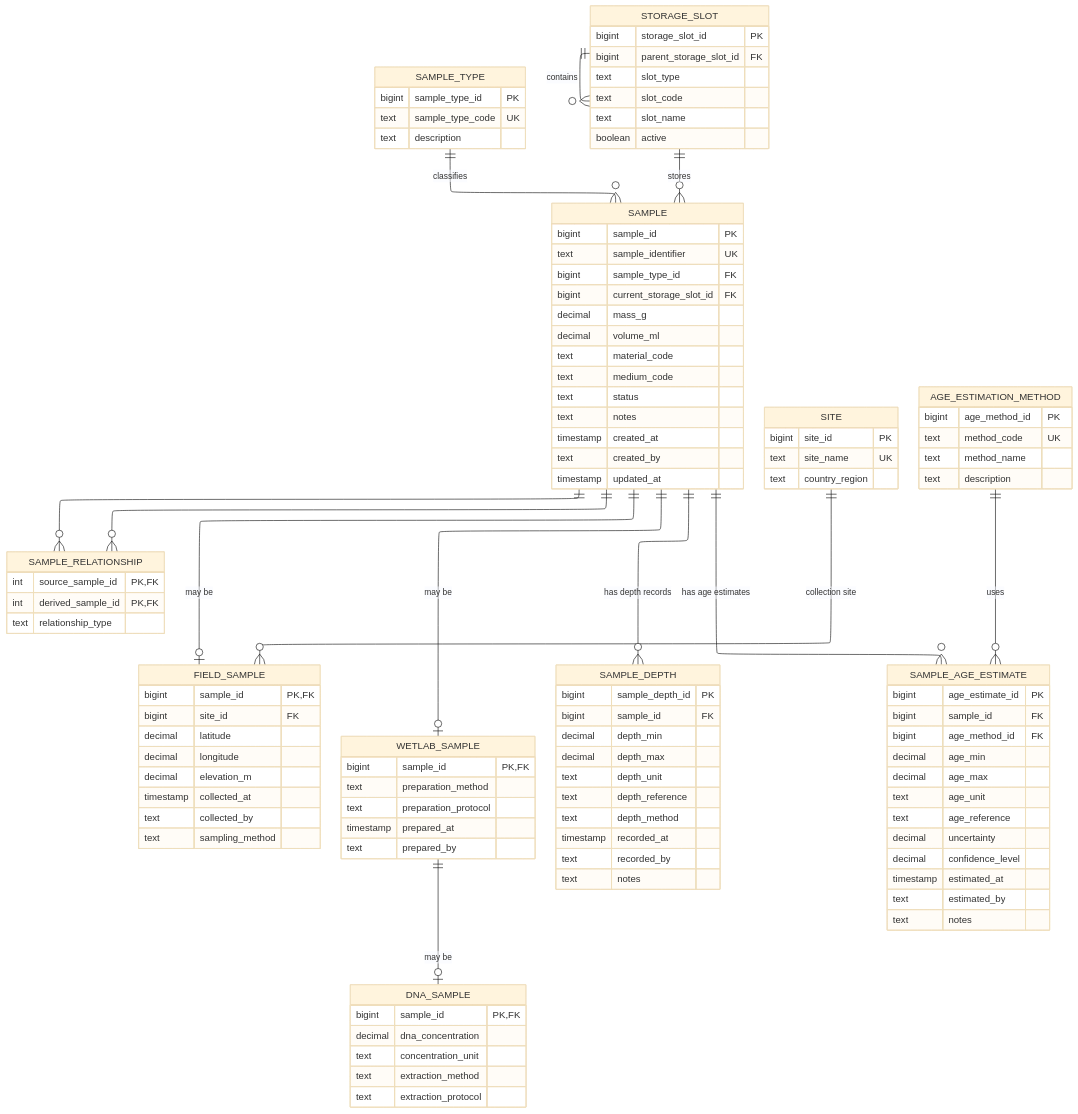
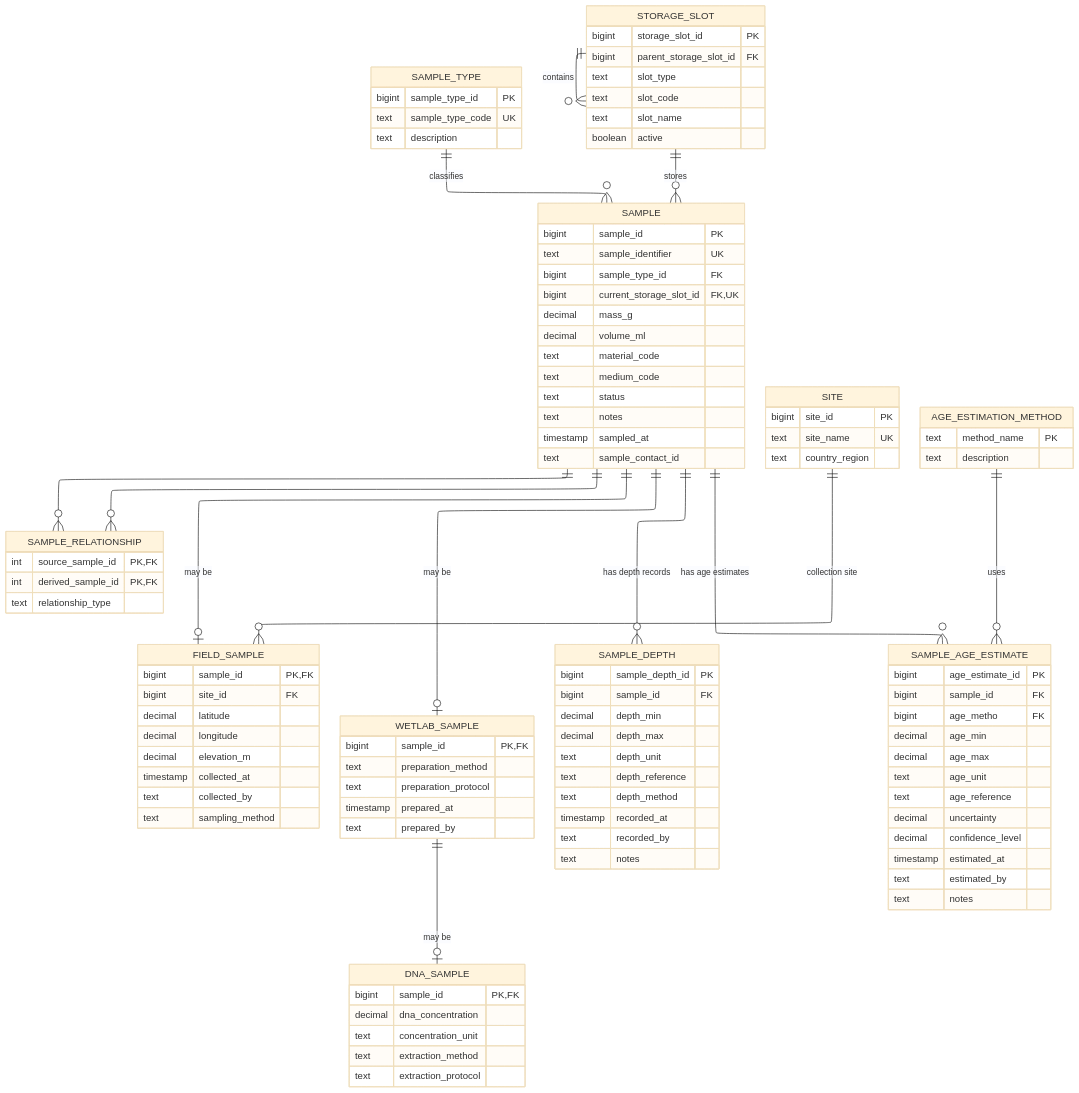
The diagram in diagrams/sample_db/new/ver2.md (GeoGenetics/qc-parser), drawn with Mermaid (base theme) before and after one commit. The commit also changed other lines of this file and 6 other files, not shown here.

```diff
--- a/diagrams/sample_db/new/ver2.md
+++ b/diagrams/sample_db/new/ver2.md
@@ -14,7 +14,7 @@
         bigint sample_id PK
         text sample_identifier UK
         bigint sample_type_id FK
-        bigint current_storage_slot_id FK
+        bigint current_storage_slot_id FK, UK
 
         decimal mass_g
         decimal volume_ml
@@ -23,9 +23,8 @@
 
         text status
         text notes
-        timestamp created_at
-        text created_by
-        timestamp updated_at
+        timestamp sampled_at
+        text sample_contact_id
     }
 
     SAMPLE_TYPE {
@@ -73,10 +72,10 @@
 
     SAMPLE_DEPTH {
         bigint sample_depth_id PK
-        bigint sample_id FK
+        bigint sample_id FK 
 
-        decimal depth_min
-        decimal depth_max
+        decimal depth_min 
+        decimal depth_max 
         text depth_unit
         text depth_reference
         text depth_method
@@ -88,10 +87,10 @@
 
     SAMPLE_AGE_ESTIMATE {
         bigint age_estimate_id PK
-        bigint sample_id FK
-        bigint age_method_id FK
+        bigint sample_id FK 
+        bigint age_metho FK 
 
-        decimal age_min
+        decimal age_min 
         decimal age_max
         text age_unit
         text age_reference
@@ -99,15 +98,13 @@
         decimal uncertainty
         decimal confidence_level
 
-        timestamp estimated_at
+        timestamp estimated_at 
         text estimated_by
         text notes
     }
 
     AGE_ESTIMATION_METHOD {
-        bigint age_method_id PK
-        text method_code UK
-        text method_name
+        text method_name PK
         text description
     }
 
```
